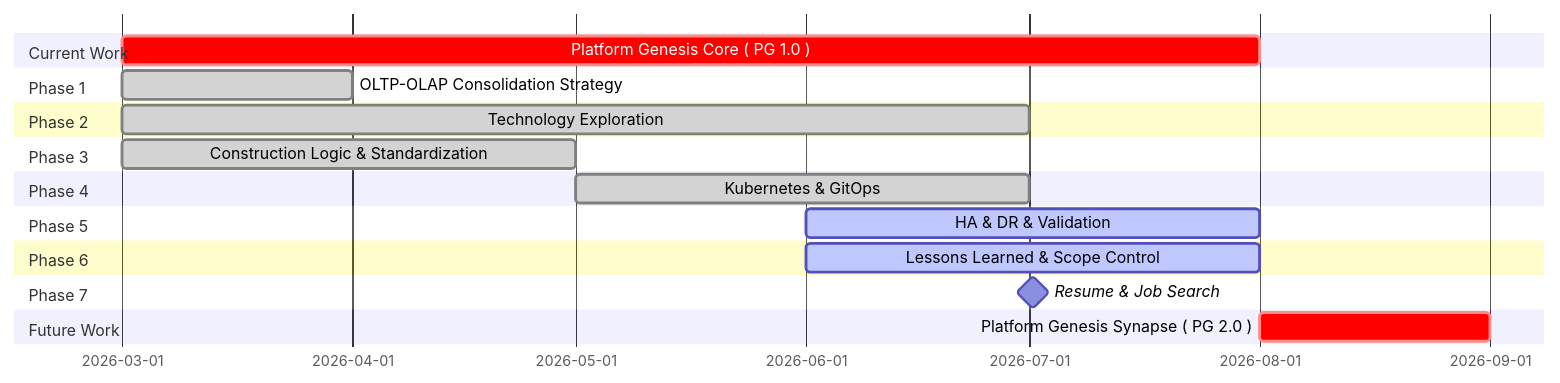
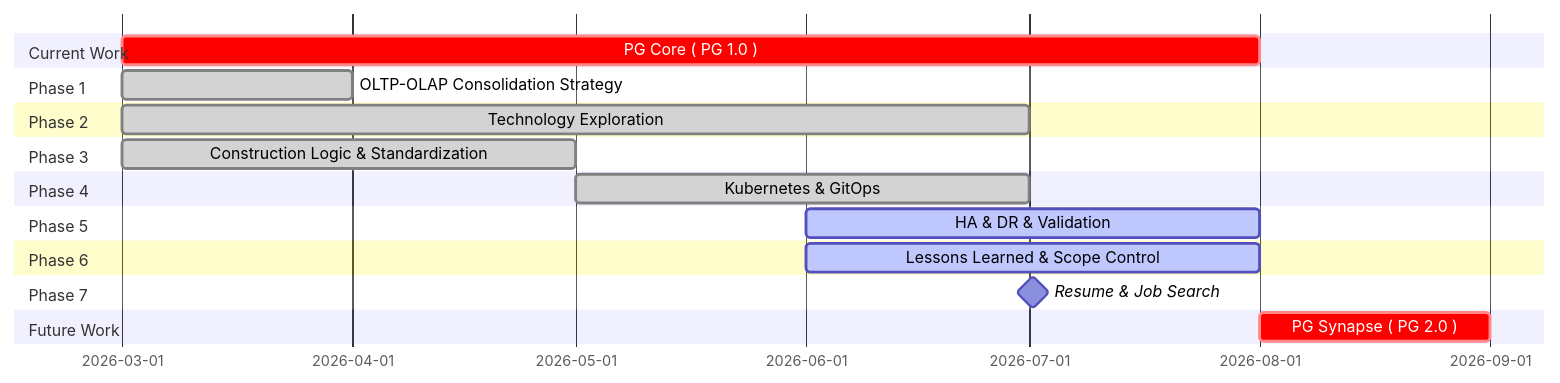
Before and after one commit to Junwu0615/PG-Core: the diagram in README.md, drawn with Mermaid. The commit also changed other lines of this file, not shown here.

````diff
--- a/README.md
+++ b/README.md
@@ -869,31 +869,31 @@
 ```mermaid
 gantt
     dateFormat YYYY-MM
 
     section Current Work
-    Platform Genesis Core ( PG 1.0 )            :crit, a0, 2026-03, 5M
+    PG Core ( PG 1.0 )                          :crit, a0, 2026-03, 5M
     
     section Phase 1
     OLTP-OLAP Consolidation Strategy            :done, a1, 2026-03, 1M
 
     section Phase 2
     Technology Exploration                      :done, a2, 2026-03, 4M
 
     section Phase 3
     Construction Logic & Standardization        :done, a3, 2026-03, 2M
 
     section Phase 4
     Kubernetes & GitOps                         :done, a4, 2026-05, 2M
 
     section Phase 5
     HA & DR & Validation                        :active, a5, 2026-06, 2M
 
     section Phase 6
     Lessons Learned & Scope Control             :active, a6, 2026-06, 2M
 
     section Phase 7
     Resume & Job Search                         :milestone, a7, 2026-07, 1d
 
     section Future Work
-    Platform Genesis Synapse ( PG 2.0 )         :crit, a8, 2026-08, 1M
+    PG Synapse ( PG 2.0 )                       :crit, a8, 2026-08, 1M
 ```
````
